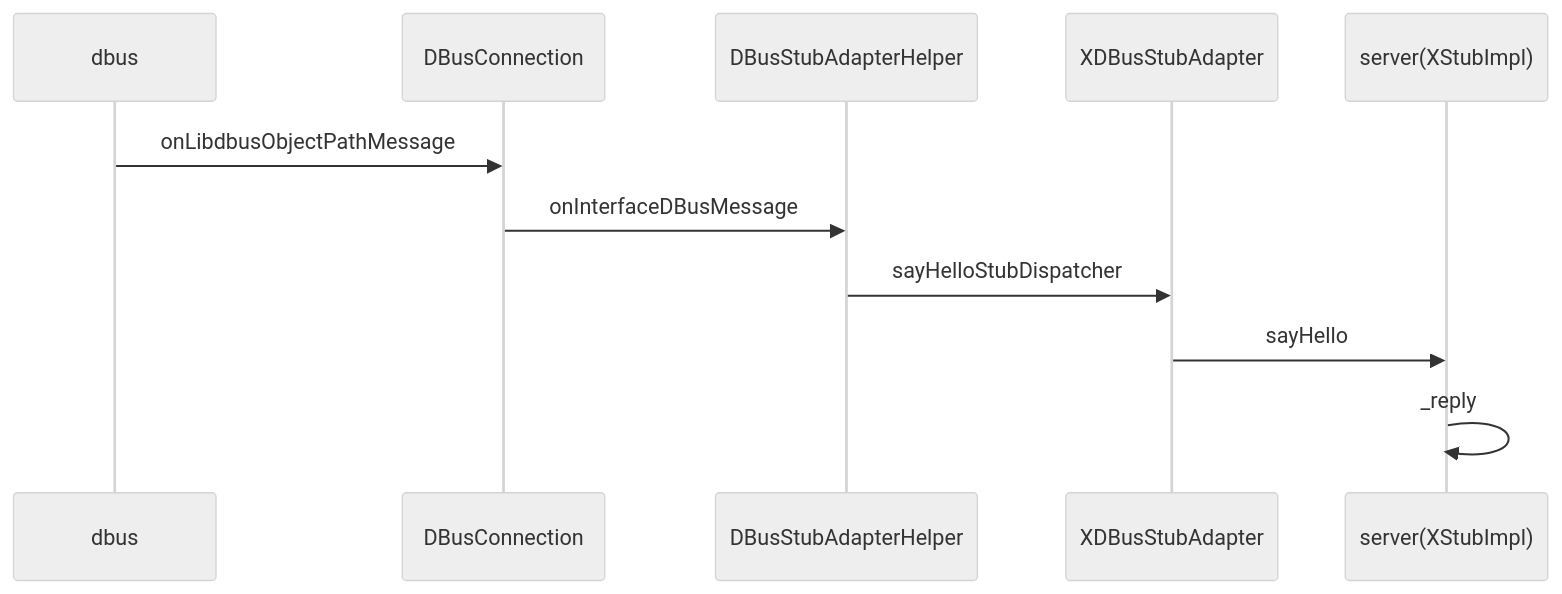
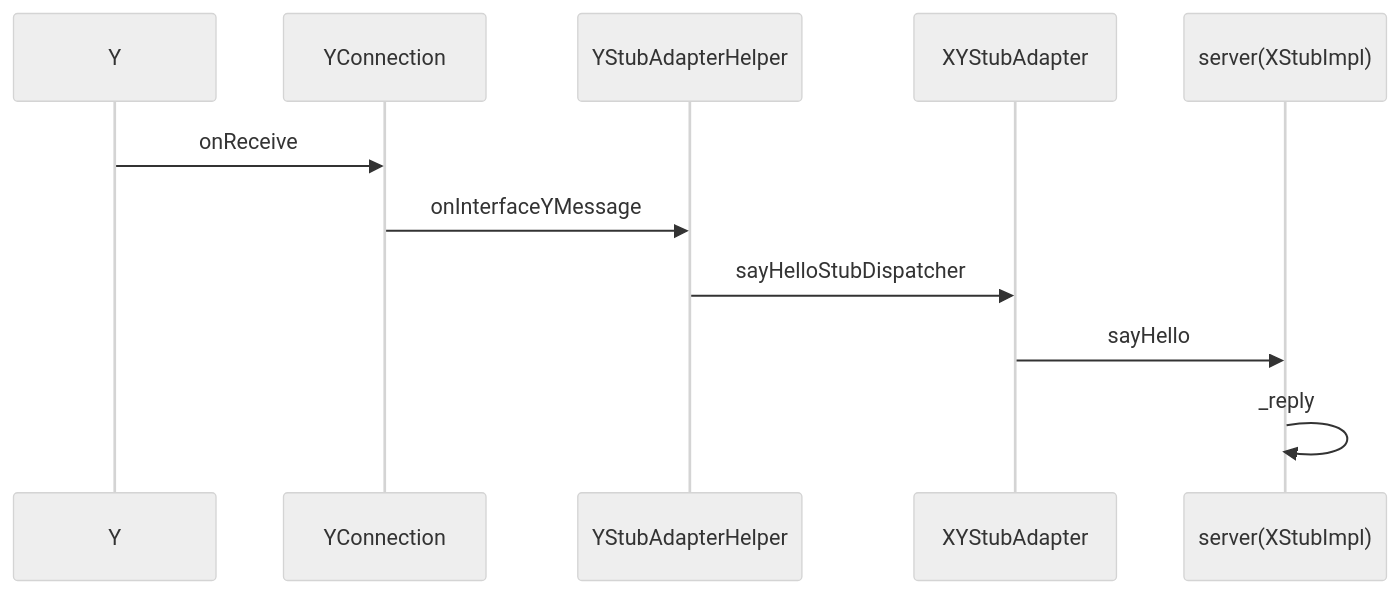
One commit to zeerd/zeerd.github.io changed the seventh of 14 diagrams in _posts/2018-10-23-capicxx-example-helloworld.md. Above: the diagram before and after it, drawn with Mermaid (neutral theme). The commit also changed other lines of this file and 1 other file, not shown here.

````diff
--- a/_posts/2018-10-23-capicxx-example-helloworld.md
+++ b/_posts/2018-10-23-capicxx-example-helloworld.md
@@ -95,8 +144,8 @@
 ```mermaid
 sequenceDiagram
-dbus ->> DBusConnection : onLibdbusObjectPathMessage
-DBusConnection ->> DBusStubAdapterHelper : onInterfaceDBusMessage
-DBusStubAdapterHelper ->> XDBusStubAdapter : sayHelloStubDispatcher
-XDBusStubAdapter ->> server(XStubImpl) : sayHello
+Y ->> YConnection : onReceive
+YConnection ->> YStubAdapterHelper : onInterfaceYMessage
+YStubAdapterHelper ->> XYStubAdapter : sayHelloStubDispatcher
+XYStubAdapter ->> server(XStubImpl) : sayHello
 server(XStubImpl) ->> server(XStubImpl) : _reply
 ```
````
